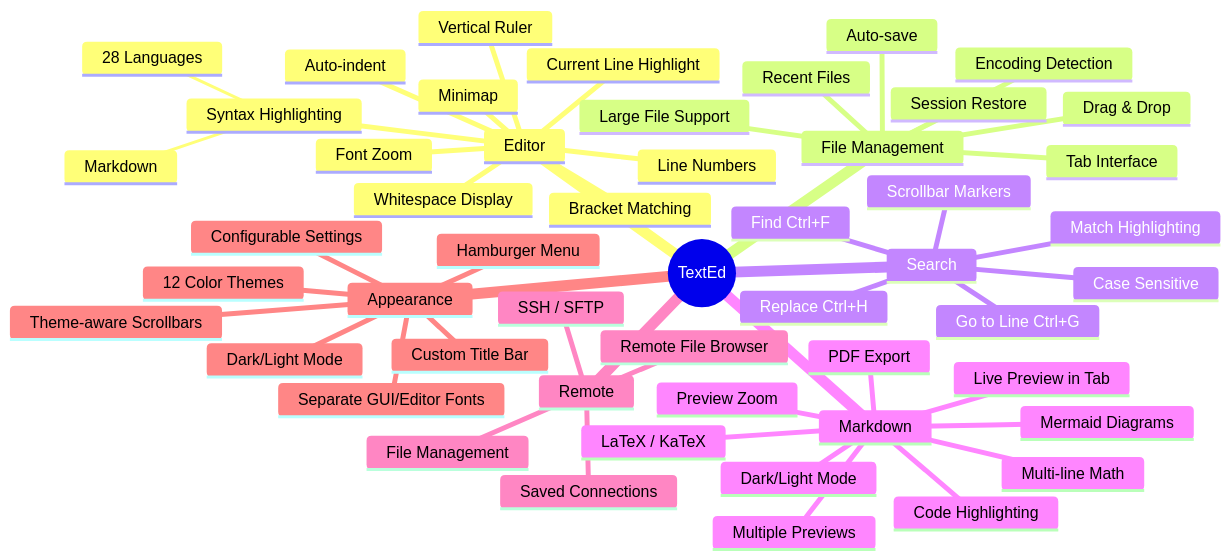
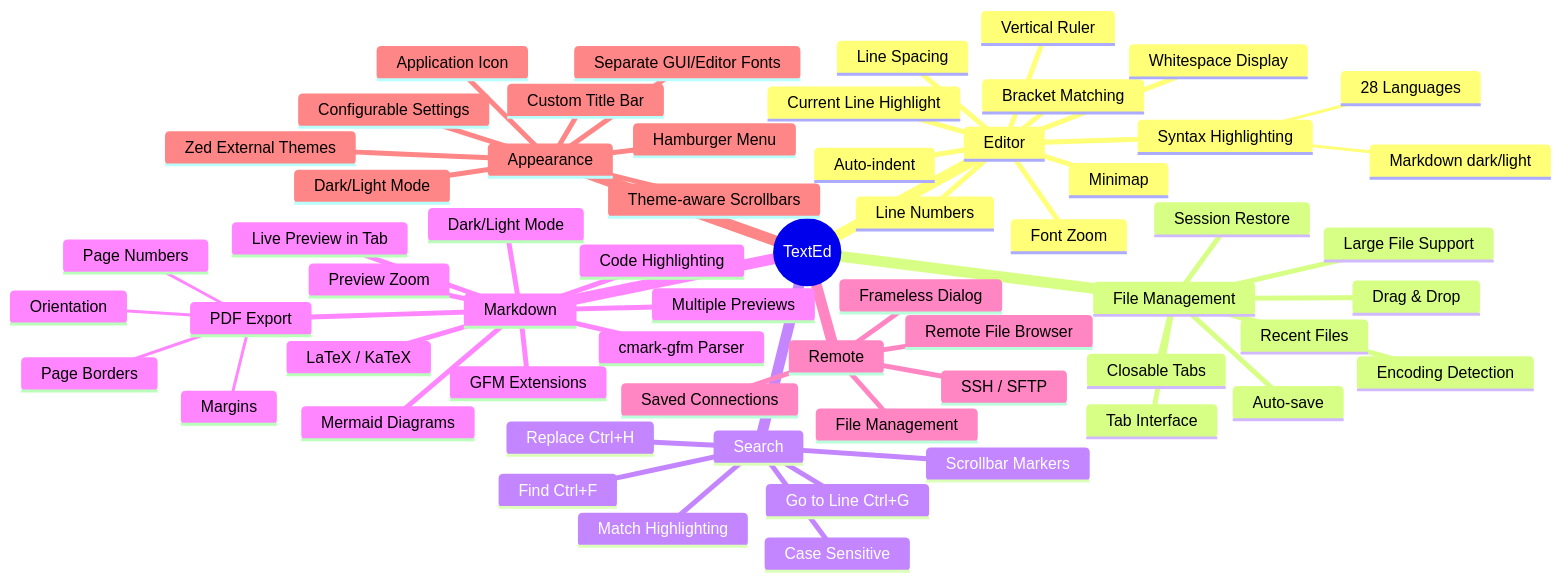
One commit to dkrse/text-ed changed diagram 11 of 11 in docs/diagrams.md. Above: the diagram before and after it, drawn with Mermaid. The commit also changed other lines of this file and 23 other files, not shown here.

````diff
--- a/docs/diagrams.md
+++ b/docs/diagrams.md
@@ -394,54 +434,63 @@
 ```mermaid
 mindmap
   root((TextEd))
     Editor
       Syntax Highlighting
         28 Languages
-        Markdown
+        Markdown dark/light
       Line Numbers
       Current Line Highlight
       Bracket Matching
       Auto-indent
       Font Zoom
+      Line Spacing
       Whitespace Display
       Vertical Ruler
       Minimap
     File Management
       Tab Interface
+      Closable Tabs
       Session Restore
       Recent Files
       Large File Support
       Drag & Drop
       Auto-save
       Encoding Detection
     Search
       Find Ctrl+F
       Replace Ctrl+H
       Go to Line Ctrl+G
       Match Highlighting
       Scrollbar Markers
       Case Sensitive
     Markdown
+      cmark-gfm Parser
+      GFM Extensions
       Live Preview in Tab
       Multiple Previews
       Dark/Light Mode
       LaTeX / KaTeX
-      Multi-line Math
       Mermaid Diagrams
       Code Highlighting
       Preview Zoom
       PDF Export
+        Margins
+        Page Numbers
+        Orientation
+        Page Borders
     Remote
       SSH / SFTP
       Remote File Browser
       File Management
       Saved Connections
+      Frameless Dialog
     Appearance
       Custom Title Bar
       Hamburger Menu
-      12 Color Themes
+      Zed External Themes
       Dark/Light Mode
       Theme-aware Scrollbars
       Separate GUI/Editor Fonts
       Configurable Settings
+      Application Icon
 ```
````
